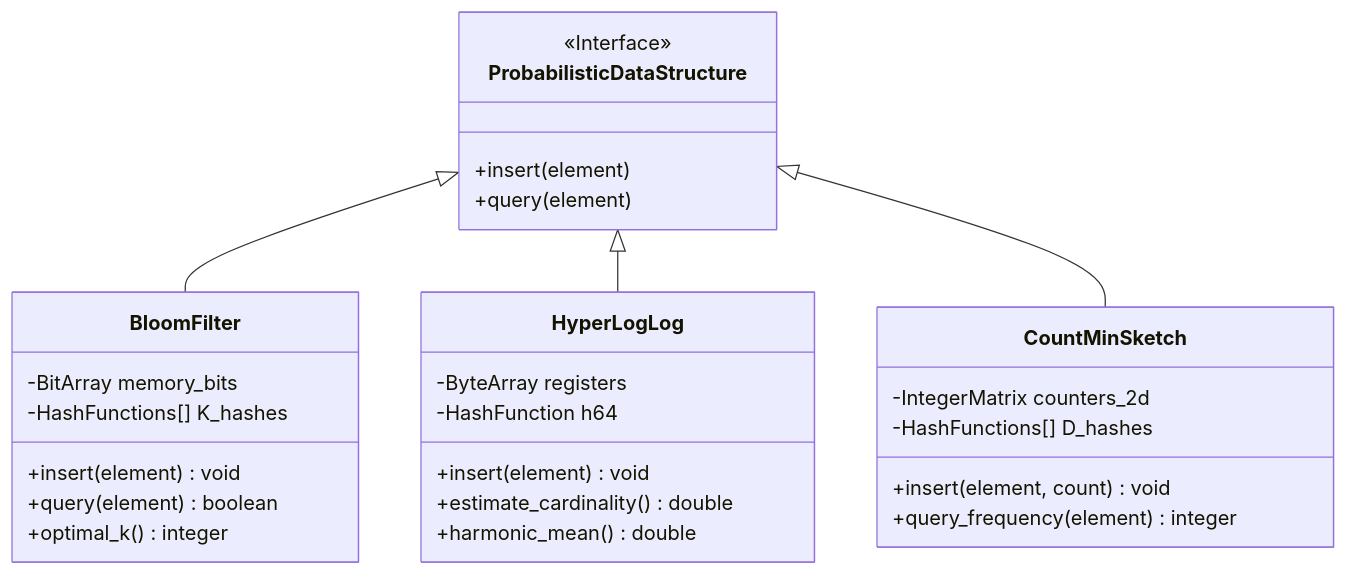
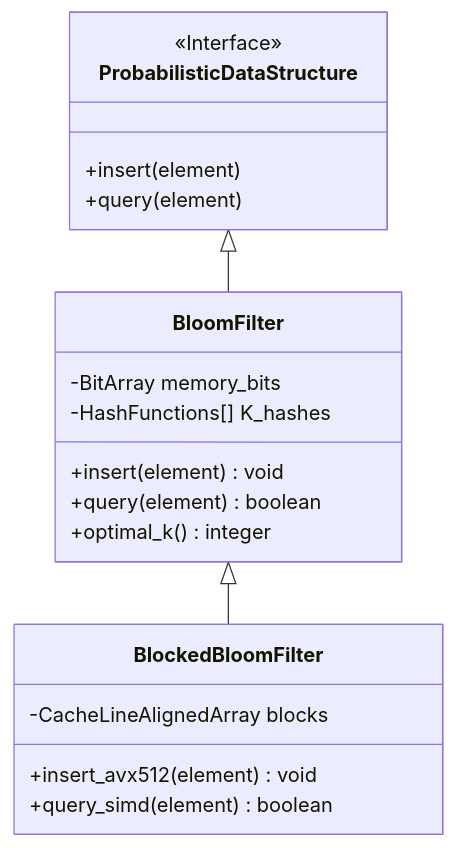
One commit to caubebinhan/landingpage changed the first of 2 diagrams in blogs/part-3/18-bloom-filters-hyperloglog.md. Above: the diagram before and after it, drawn with Mermaid. The commit also changed other lines of this file and 6563 other files, not shown here.

````diff
--- a/blogs/part-3/18-bloom-filters-hyperloglog.md
+++ b/blogs/part-3/18-bloom-filters-hyperloglog.md
@@ -9,31 +48,22 @@
 ```mermaid
 classDiagram
     class ProbabilisticDataStructure {
         <<Interface>>
         +insert(element)
         +query(element)
     }
     class BloomFilter {
         -BitArray memory_bits
         -HashFunctions[] K_hashes
         +insert(element) void
         +query(element) boolean
         +optimal_k() integer
     }
-    class HyperLogLog {
-        -ByteArray registers
-        -HashFunction h64
-        +insert(element) void
-        +estimate_cardinality() double
-        +harmonic_mean() double
-    }
-    class CountMinSketch {
-        -IntegerMatrix counters_2d
-        -HashFunctions[] D_hashes
-        +insert(element, count) void
-        +query_frequency(element) integer
+    class BlockedBloomFilter {
+        -CacheLineAlignedArray blocks
+        +insert_avx512(element) void
+        +query_simd(element) boolean
     }
     ProbabilisticDataStructure <|-- BloomFilter
-    ProbabilisticDataStructure <|-- HyperLogLog
-    ProbabilisticDataStructure <|-- CountMinSketch
+    BloomFilter <|-- BlockedBloomFilter
 ```
````
